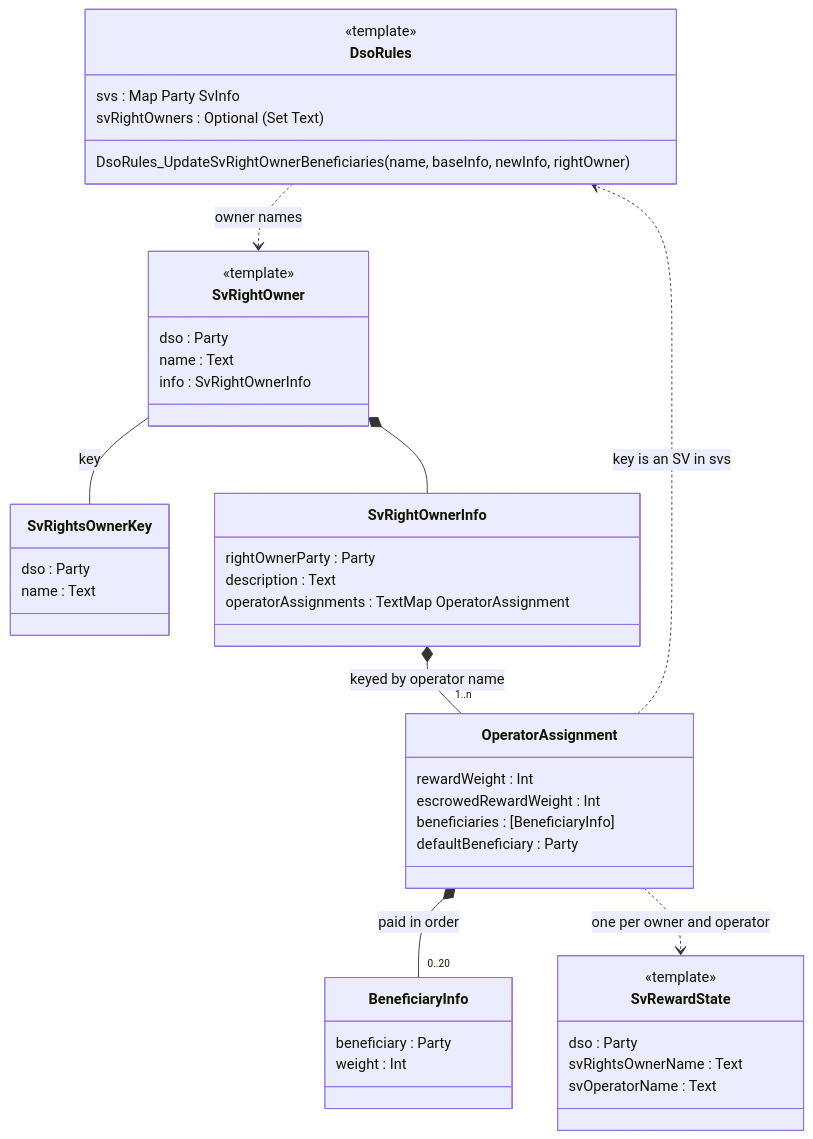
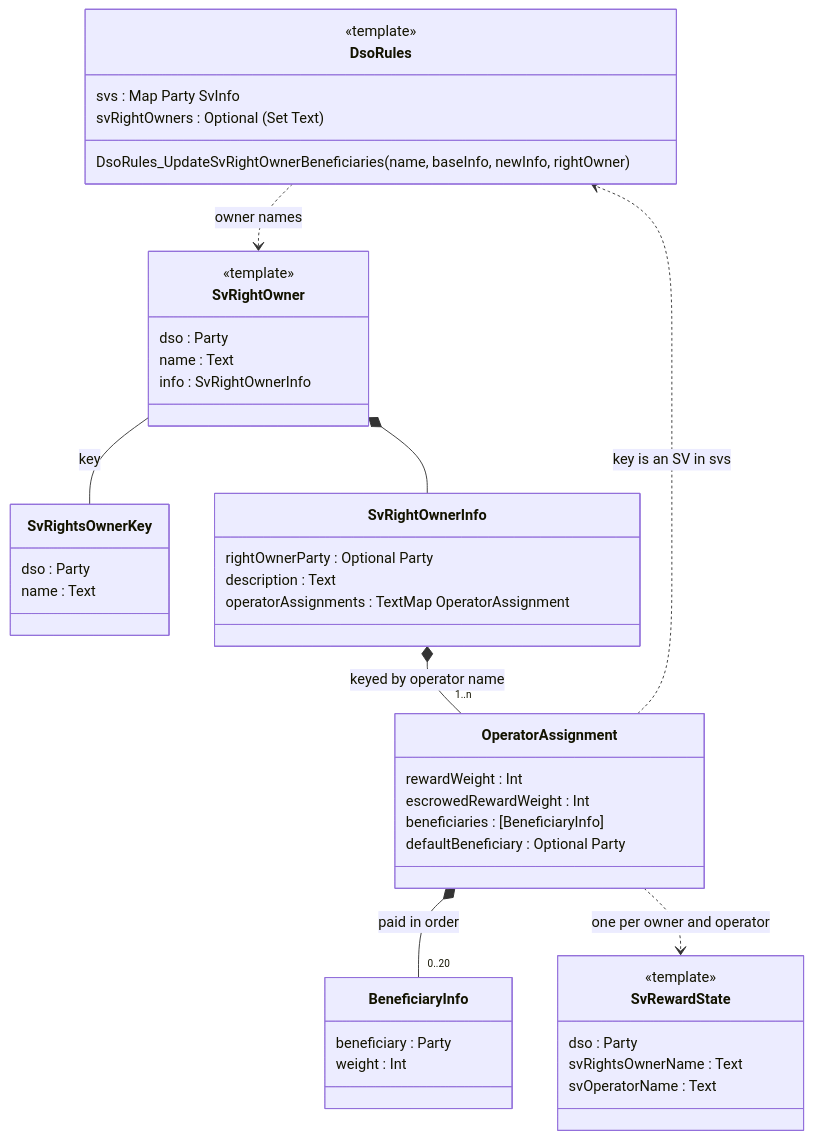
One commit to canton-network/splice changed the diagram in SV_RIGHTS_OWNERS_POC.md. Above: the diagram before and after it, drawn with Mermaid. The commit also changed other lines of this file and 5 other files, not shown here.

First line of the commit message:
feat(sv-weights): make the SV rights owner party and default beneficiary optional

````diff
--- a/SV_RIGHTS_OWNERS_POC.md
+++ b/SV_RIGHTS_OWNERS_POC.md
@@ -3,48 +3,48 @@
 ```mermaid
 classDiagram
     direction TB
     class DsoRules {
         <<template>>
         svs : Map Party SvInfo
         svRightOwners : Optional #40;Set Text#41;
         DsoRules_UpdateSvRightOwnerBeneficiaries(name, baseInfo, newInfo, rightOwner)
     }
     class SvRightOwner {
         <<template>>
         dso : Party
         name : Text
         info : SvRightOwnerInfo
     }
     class SvRightsOwnerKey {
         dso : Party
         name : Text
     }
     class SvRightOwnerInfo {
-        rightOwnerParty : Party
+        rightOwnerParty : Optional Party
         description : Text
         operatorAssignments : TextMap OperatorAssignment
     }
     class OperatorAssignment {
         rewardWeight : Int
         escrowedRewardWeight : Int
         beneficiaries : [BeneficiaryInfo]
-        defaultBeneficiary : Party
+        defaultBeneficiary : Optional Party
     }
     class BeneficiaryInfo {
         beneficiary : Party
         weight : Int
     }
     class SvRewardState {
         <<template>>
         dso : Party
         svRightsOwnerName : Text
         svOperatorName : Text
     }
     DsoRules ..> SvRightOwner : owner names
     SvRightOwner -- SvRightsOwnerKey : key
     SvRightOwner *-- SvRightOwnerInfo
     SvRightOwnerInfo *-- "1..n" OperatorAssignment : keyed by operator name
     OperatorAssignment *-- "0..20" BeneficiaryInfo : paid in order
     OperatorAssignment ..> DsoRules : key is an SV in svs
     OperatorAssignment ..> SvRewardState : one per owner and operator
 ```
````
